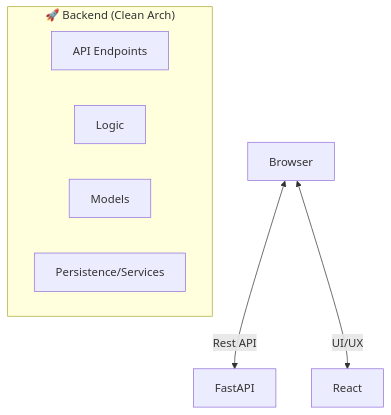
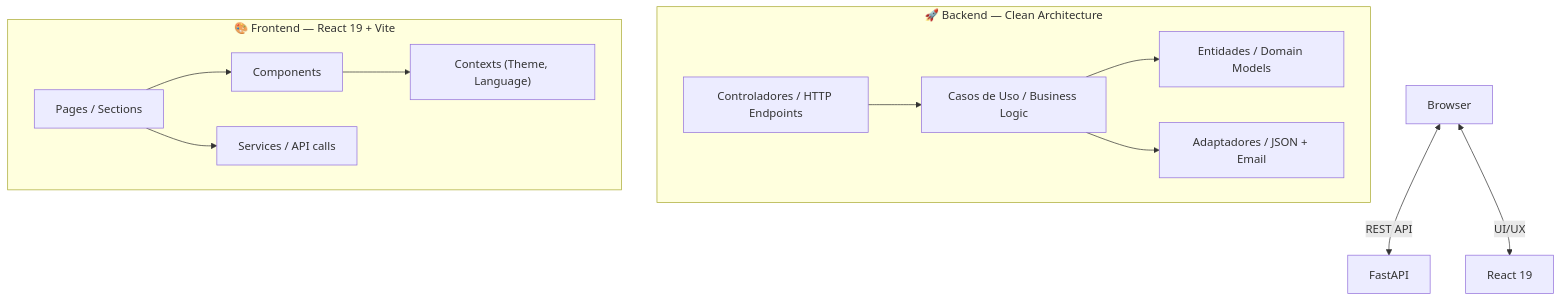
The diagram in README.md (Argenis1412/Portf-lio), drawn with Mermaid before and after one commit. The commit also changed other lines of this file and 8 other files, not shown here.

````diff
--- a/README.md
+++ b/README.md
@@ -69,12 +114,23 @@
 ```mermaid
 graph TD
-    Client[Browser] <-->|Rest API| Backend[FastAPI]
-    Client <-->|UI/UX| Frontend[React]
-    
-    subgraph "🚀 Backend (Clean Arch)"
-        Controllers[API Endpoints]
-        UseCases[Logic]
-        Entities[Models]
-        Adapters[Persistence/Services]
+    Client[Browser] <-->|REST API| Backend[FastAPI]
+    Client <-->|UI/UX| Frontend[React 19]
+
+    subgraph "🚀 Backend — Clean Architecture"
+        Controllers[Controladores / HTTP Endpoints]
+        UseCases[Casos de Uso / Business Logic]
+        Entities[Entidades / Domain Models]
+        Adapters[Adaptadores / JSON + Email]
+        Controllers --> UseCases --> Entities
+        UseCases --> Adapters
+    end
+
+    subgraph "🎨 Frontend — React 19 + Vite"
+        Pages[Pages / Sections]
+        Components[Components]
+        Context["Contexts (Theme, Language)"]
+        Services[Services / API calls]
+        Pages --> Components --> Context
+        Pages --> Services
     end
 ```
````
